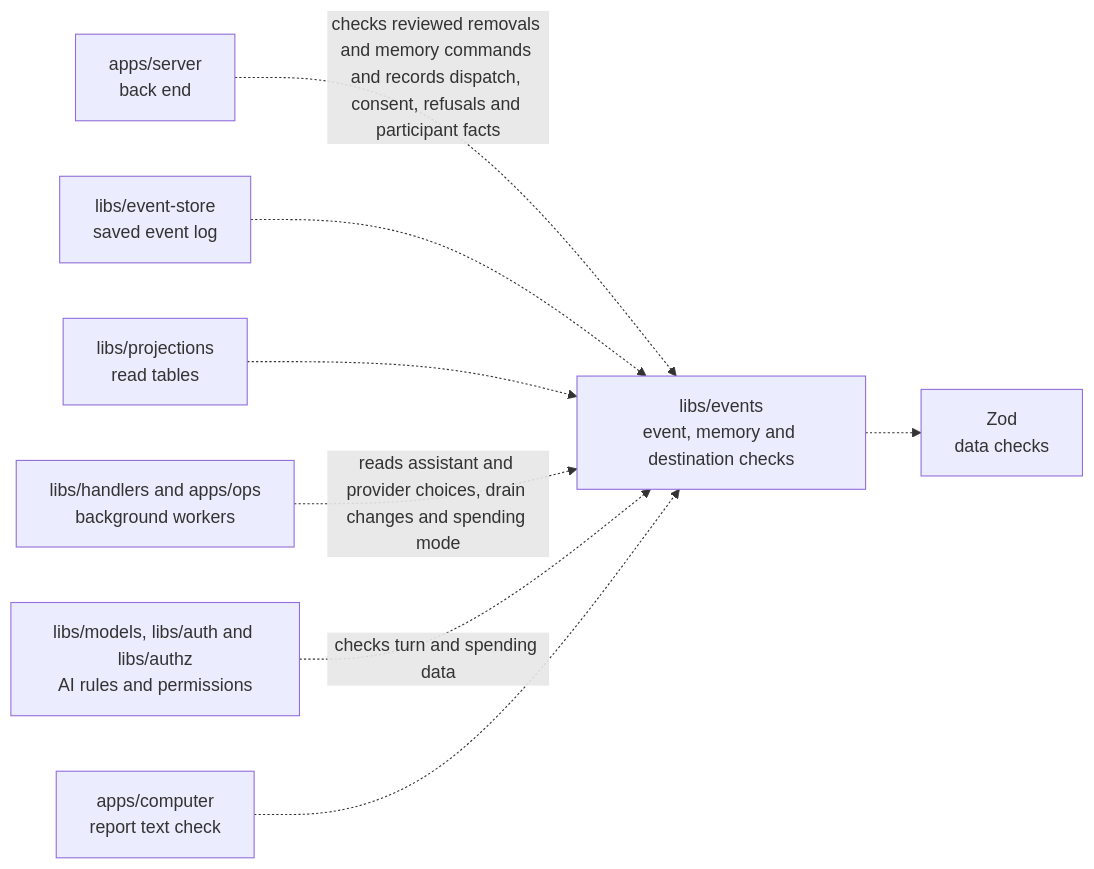
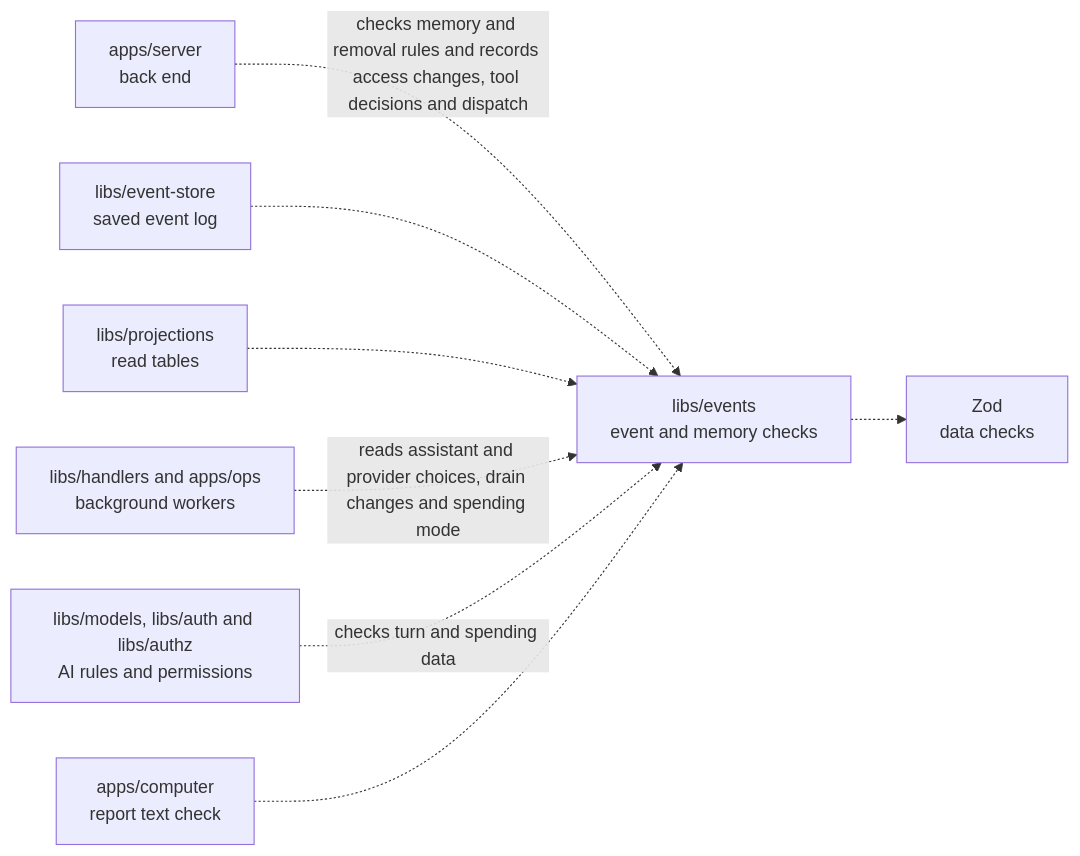
One commit to elewa-git/opencrane-new changed the diagram in libs/events/README.md. Above: the diagram before and after it, drawn with Mermaid. The commit also changed 19 other files, not shown here.

````diff
--- a/libs/events/README.md
+++ b/libs/events/README.md
@@ -23,10 +23,10 @@
 ```mermaid
 flowchart LR
-  server["apps/server<br/>back end"] -.->|checks reviewed removals and memory commands and records dispatch, consent, refusals and participant facts| events["libs/events<br/>event, memory and destination checks"]
+  server["apps/server<br/>back end"] -.->|checks memory and removal rules and records access changes, tool decisions and dispatch| events["libs/events<br/>event and memory checks"]
   store["libs/event-store<br/>saved event log"] -.-> events
   projections["libs/projections<br/>read tables"] -.-> events
   workers["libs/handlers and apps/ops<br/>background workers"] -.->|reads assistant and provider choices, drain changes and spending mode| events
   others["libs/models, libs/auth and libs/authz<br/>AI rules and permissions"] -.->|checks turn and spending data| events
   computer["apps/computer<br/>report text check"] -.-> events
   events -.-> zod["Zod<br/>data checks"]
 ```
````
